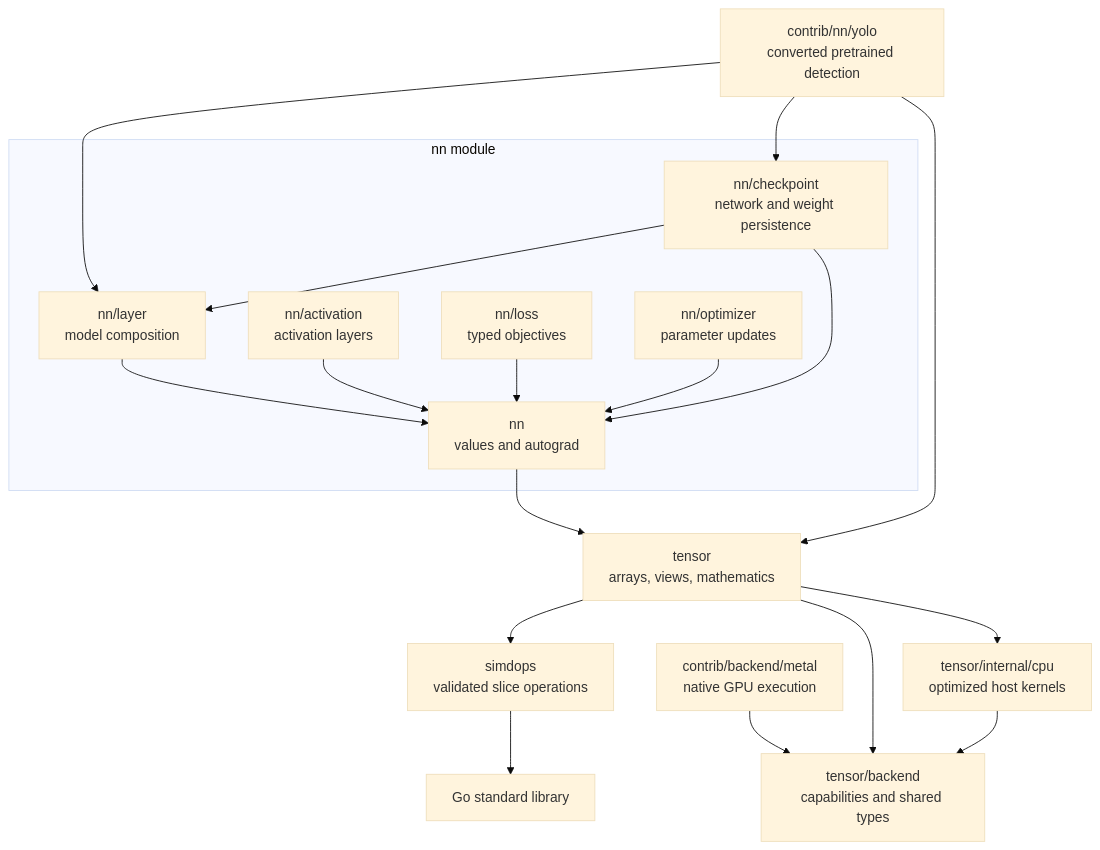
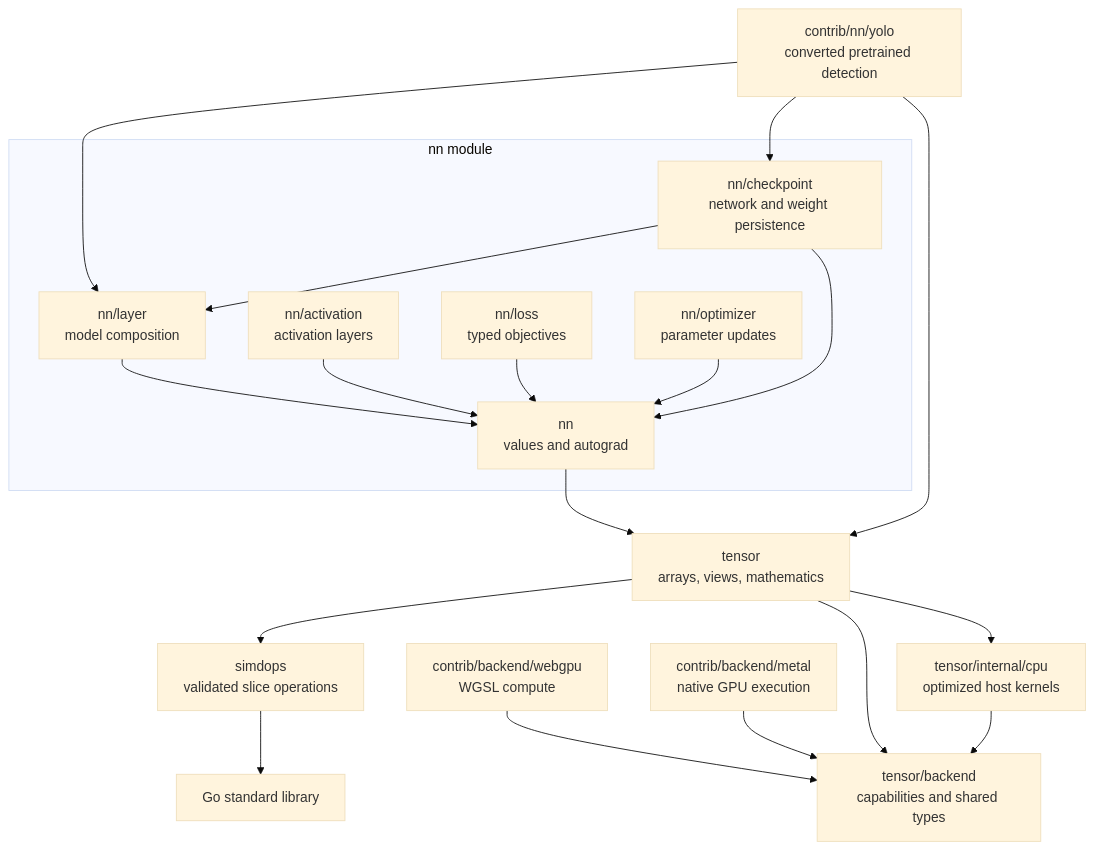
One commit to bpradana/goml changed the first of 3 diagrams in docs/architecture.md. Above: the diagram before and after it, drawn with Mermaid (base theme). The commit also changed other lines of this file and 16 other files, not shown here.

Commit message:
docs(webgpu): add backend guide logo and validation report

````diff
--- a/docs/architecture.md
+++ b/docs/architecture.md
@@ -13,21 +13,22 @@
 ```mermaid
 flowchart TD
     subgraph Neural["nn module"]
         Layer["nn/layer<br/>model composition"] --> Core["nn<br/>values and autograd"]
         Activation["nn/activation<br/>activation layers"] --> Core
         Loss["nn/loss<br/>typed objectives"] --> Core
         Optimizer["nn/optimizer<br/>parameter updates"] --> Core
         Checkpoint["nn/checkpoint<br/>network and weight persistence"] --> Layer
         Checkpoint --> Core
     end
     YOLO["contrib/nn/yolo<br/>converted pretrained detection"] --> Layer
     YOLO --> Checkpoint
     YOLO --> Tensor
     Core --> Tensor["tensor<br/>arrays, views, mathematics"]
     Tensor --> SIMD["simdops<br/>validated slice operations"]
+    WebGPU["contrib/backend/webgpu<br/>WGSL compute"] --> Contract
     Metal["contrib/backend/metal<br/>native GPU execution"] --> Contract["tensor/backend<br/>capabilities and shared types"]
     Tensor --> Contract
     CPU["tensor/internal/cpu<br/>optimized host kernels"] --> Contract
     Tensor --> CPU
     SIMD --> Std["Go standard library"]
 ```
````
